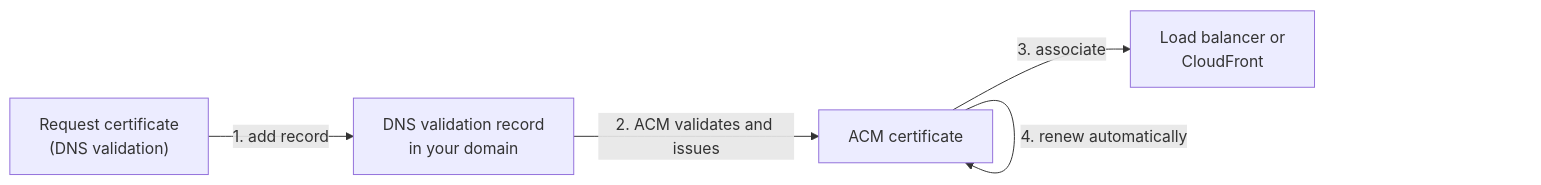
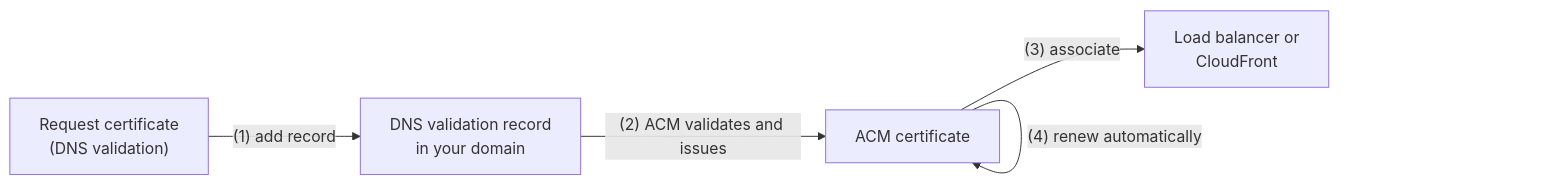
Before and after one commit to firmanains/Belajar: the second of 3 diagrams in AWS/SAA/encryption/acm-certificates.md, drawn with Mermaid. The commit also changed other lines of this file and 14 other files, not shown here.

First line of the commit message:
Fix Mermaid labels that rendered as "Unsupported markdown"

````diff
--- a/AWS/SAA/encryption/acm-certificates.md
+++ b/AWS/SAA/encryption/acm-certificates.md
@@ -58,7 +58,7 @@
 ```mermaid
 flowchart LR
-  a["Request certificate<br>(DNS validation)"] -->|1. add record| b["DNS validation record<br>in your domain"]
-  b -->|2. ACM validates and issues| c["ACM certificate"]
-  c -->|3. associate| d["Load balancer or<br>CloudFront"]
-  c -->|4. renew automatically| c
+  a["Request certificate<br>(DNS validation)"] -->|"(1) add record"| b["DNS validation record<br>in your domain"]
+  b -->|"(2) ACM validates and issues"| c["ACM certificate"]
+  c -->|"(3) associate"| d["Load balancer or<br>CloudFront"]
+  c -->|"(4) renew automatically"| c
 ```
````
